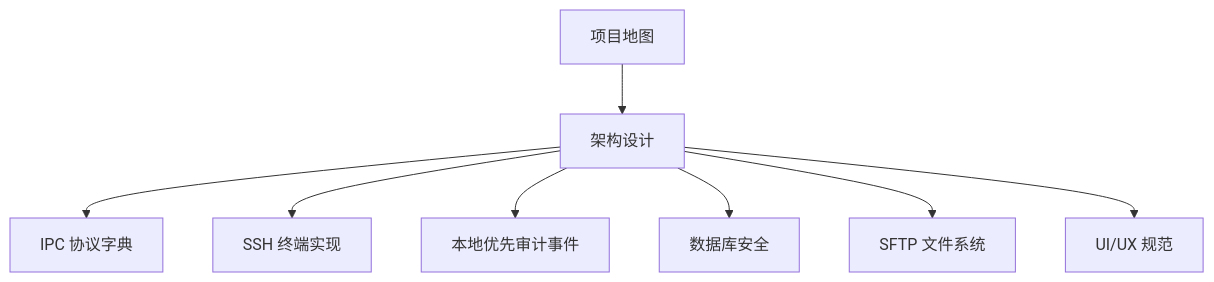
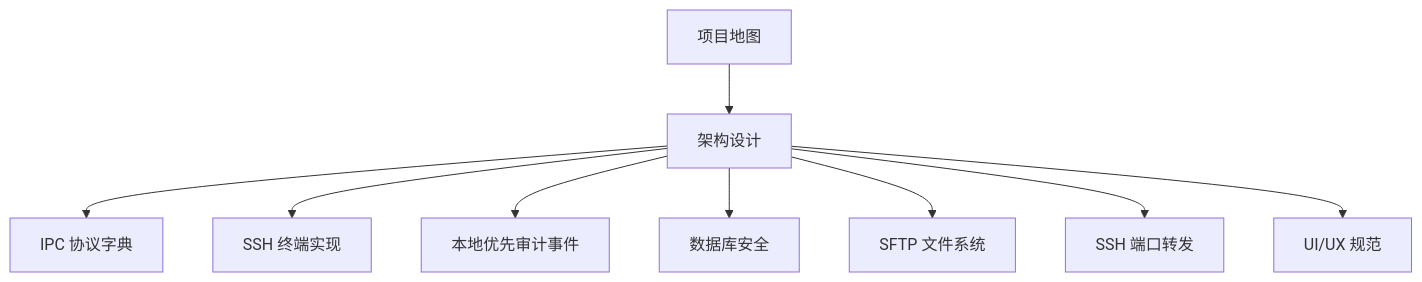
One commit to XYZ1024-alt/Cosmosh changed the diagram in docs/zh-CN/developer/index.md. Above: the diagram before and after it, drawn with Mermaid. The commit also changed other lines of this file and 40 other files, not shown here.

````diff
--- a/docs/zh-CN/developer/index.md
+++ b/docs/zh-CN/developer/index.md
@@ -7,10 +7,11 @@
 ```mermaid
 flowchart TD
   A[项目地图] --> B[架构设计]
   B --> C[IPC 协议字典]
   B --> D[SSH 终端实现]
   B --> H[本地优先审计事件]
   B --> G[数据库安全]
   B --> E[SFTP 文件系统]
+  B --> I[SSH 端口转发]
   B --> F[UI/UX 规范]
 ```
````
